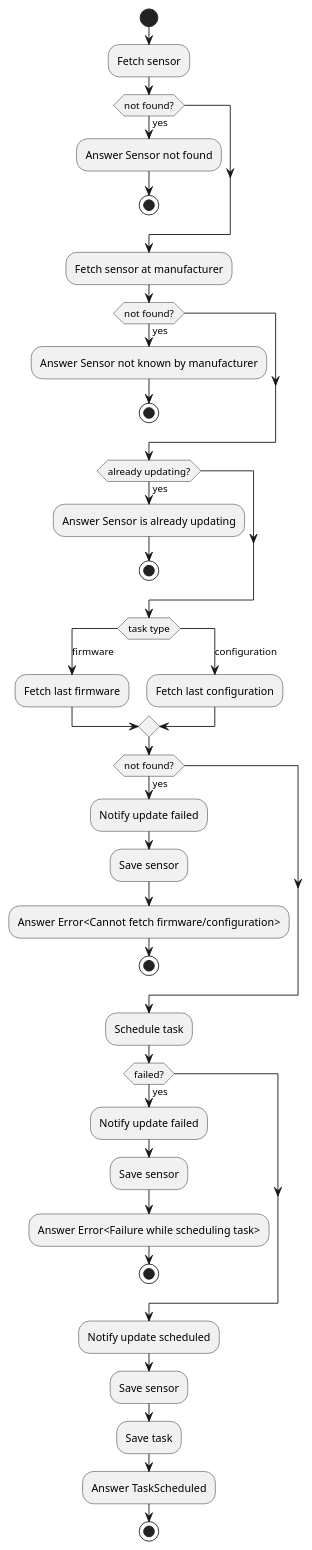
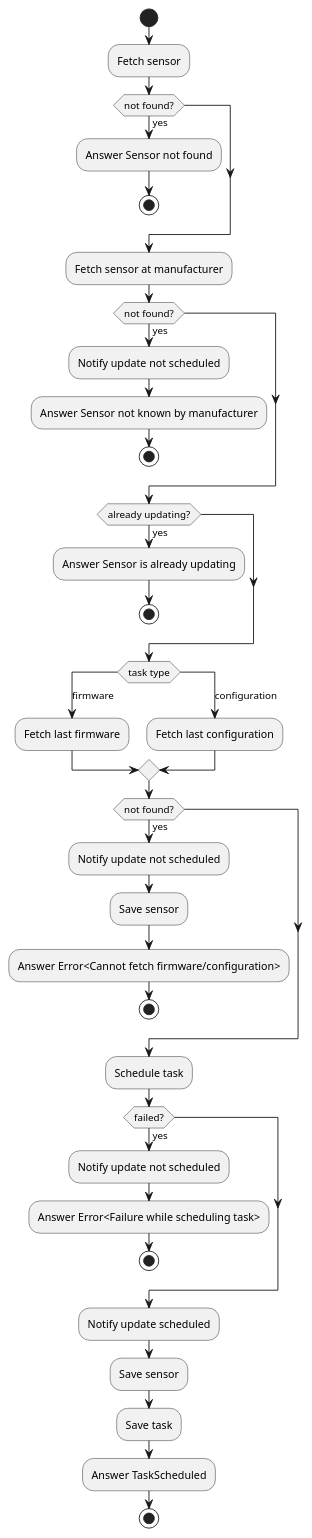
Before and after one commit to AboutCodingBE/validation-excercise: the diagram in docs/diagrams/ActivityDiagramScheduleTask.puml, drawn with PlantUML. The commit also changed 10 other files, not shown here.

```diff
--- a/docs/diagrams/ActivityDiagramScheduleTask.puml
+++ b/docs/diagrams/ActivityDiagramScheduleTask.puml
@@ -1,54 +1,54 @@
 @startuml
 start
 
 :Fetch sensor;
 
 if (not found?) then (yes)
   :Answer Sensor not found;
   stop
 endif
 
 :Fetch sensor at manufacturer;
 
 if (not found?) then (yes)
+  :Notify update not scheduled;
   :Answer Sensor not known by manufacturer;
   stop
 endif
 
 if (already updating?) then (yes)
   :Answer Sensor is already updating;
   stop
 endif
 
 switch (task type)
     case (firmware)
       :Fetch last firmware;
 
     case (configuration)
       :Fetch last configuration;
 
 endswitch
 
 if (not found?) then (yes)
-  :Notify update failed;
+  :Notify update not scheduled;
   :Save sensor;
   :Answer Error<Cannot fetch firmware/configuration>;
   stop
 endif
 
 :Schedule task;
 if (failed?) then (yes)
-  :Notify update failed;
-  :Save sensor;
+  :Notify update not scheduled;
   :Answer Error<Failure while scheduling task>;
 
   stop
 endif
 
 :Notify update scheduled;
 :Save sensor;
 :Save task;
 
 :Answer TaskScheduled;
 stop
 @enduml
```
